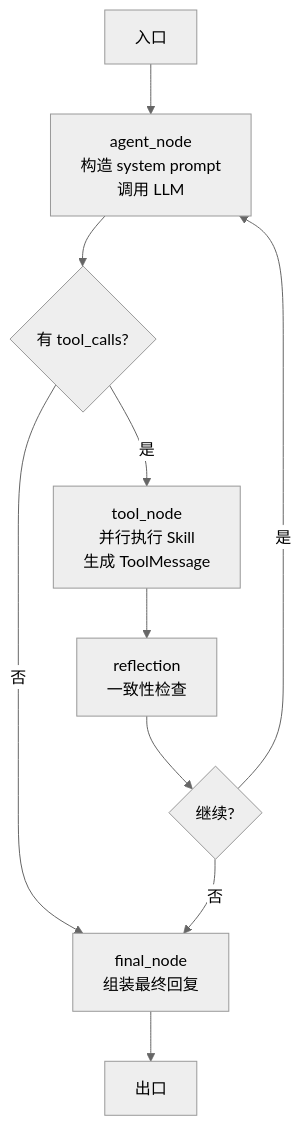
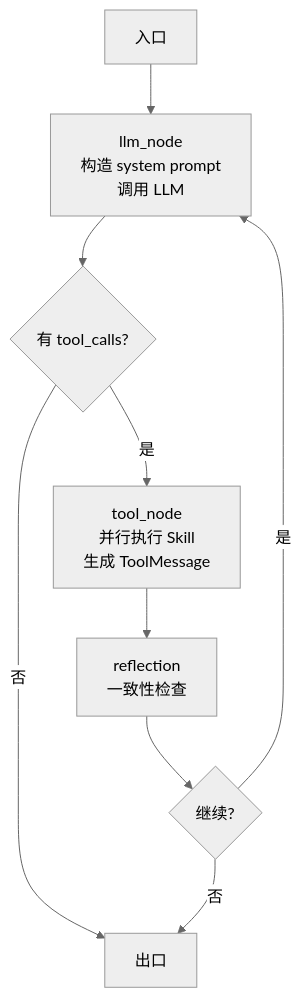
The diagram in docs/farm-manager-design-spec/01_正式设计/01_Agent平台架构.md (ArtLjn/agriagent-os), drawn with Mermaid (neutral theme) before and after one commit. The commit also changed other lines of this file and 36 other files, not shown here.

````diff
--- a/docs/farm-manager-design-spec/01_正式设计/01_Agent平台架构.md
+++ b/docs/farm-manager-design-spec/01_正式设计/01_Agent平台架构.md
@@ -96,12 +89,11 @@
 ```mermaid
 flowchart TD
-    Entry[入口] --> AgentNode[agent_node<br/>构造 system prompt<br/>调用 LLM]
+    Entry[入口] --> AgentNode[llm_node<br/>构造 system prompt<br/>调用 LLM]
     AgentNode --> HasTool{有 tool_calls?}
     HasTool -->|是| ToolNode[tool_node<br/>并行执行 Skill<br/>生成 ToolMessage]
-    HasTool -->|否| FinalNode[final_node<br/>组装最终回复]
+    HasTool -->|否| Exit[出口]
     ToolNode --> Reflection[reflection<br/>一致性检查]
     Reflection --> Continue{继续?}
     Continue -->|是| AgentNode
-    Continue -->|否| FinalNode
-    FinalNode --> Exit[出口]
+    Continue -->|否| Exit
 ```
````
